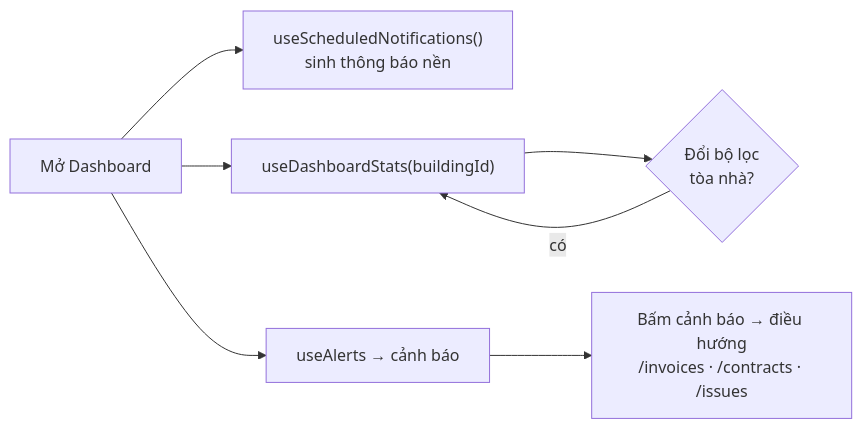
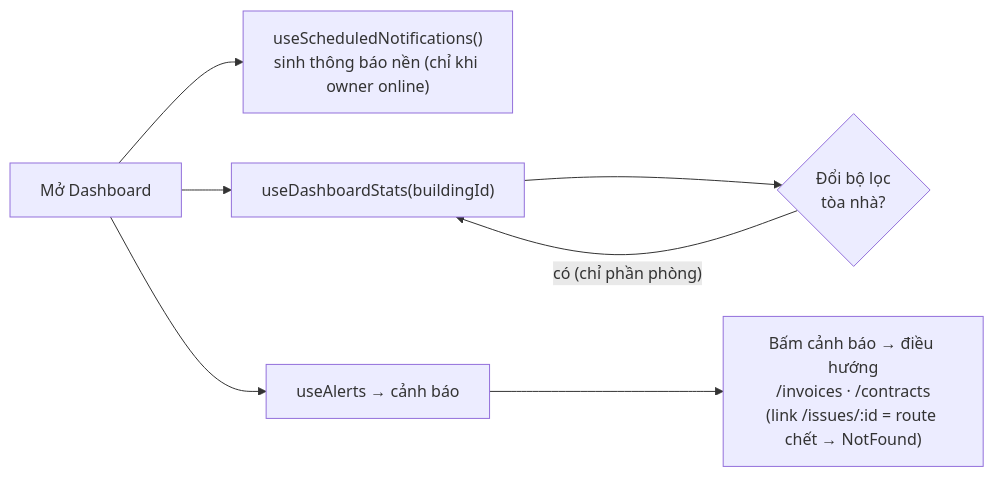
The third of 4 diagrams in docs/he-thong/13-bao-cao-dashboard-thong-bao.md (zxGreenxz/whiteboard-ihomecrm), drawn with Mermaid before and after one commit. The commit also changed other lines of this file and 17 other files, not shown here.

````diff
--- a/docs/he-thong/13-bao-cao-dashboard-thong-bao.md
+++ b/docs/he-thong/13-bao-cao-dashboard-thong-bao.md
@@ -322,9 +417,9 @@
 ```mermaid
 flowchart LR
-    A["Mở Dashboard"] --> B["useScheduledNotifications()<br/>sinh thông báo nền"]
+    A["Mở Dashboard"] --> B["useScheduledNotifications()<br/>sinh thông báo nền (chỉ khi owner online)"]
     A --> C["useDashboardStats(buildingId)"]
     C --> D{"Đổi bộ lọc<br/>tòa nhà?"}
-    D -- "có" --> C
+    D -- "có (chỉ phần phòng)" --> C
     A --> E["useAlerts → cảnh báo"]
-    E --> F["Bấm cảnh báo → điều hướng<br/>/invoices · /contracts · /issues"]
+    E --> F["Bấm cảnh báo → điều hướng<br/>/invoices · /contracts<br/>(link /issues/:id = route chết → NotFound)"]
 ```
````
